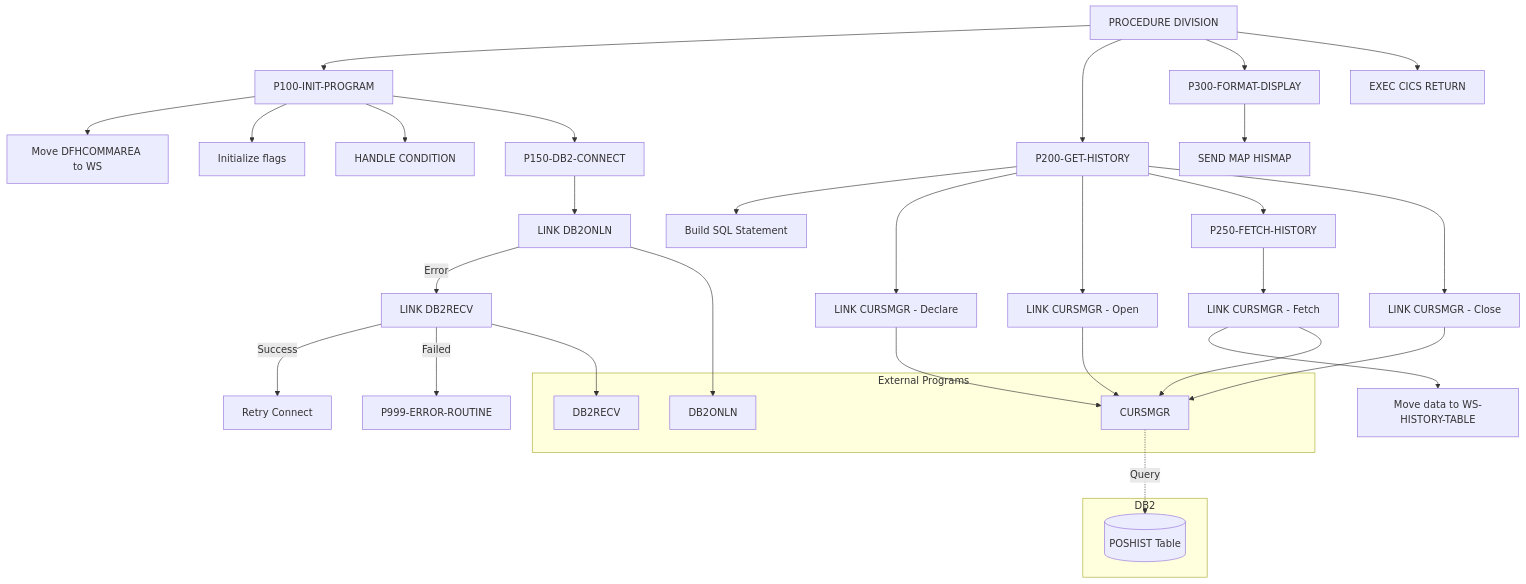
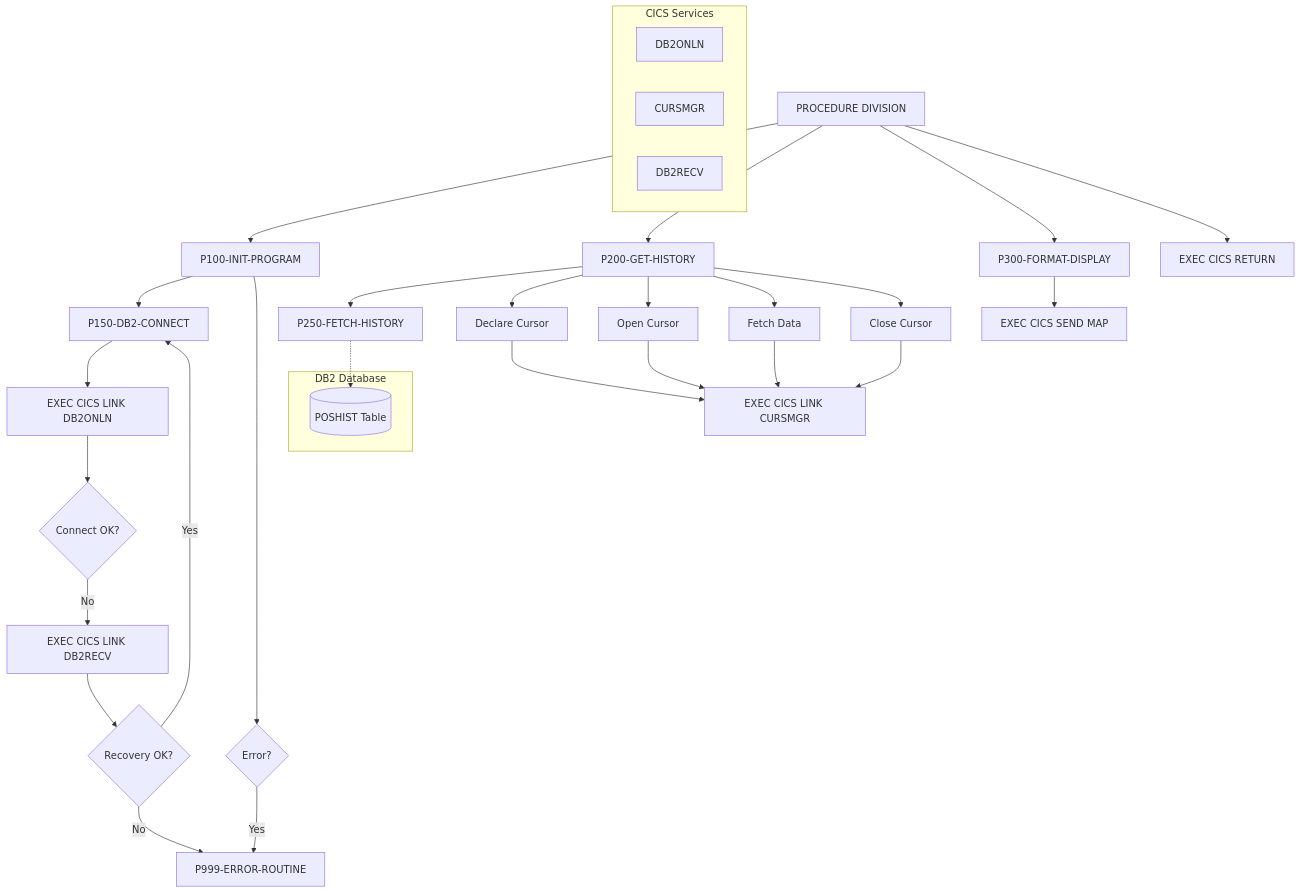
Before and after one commit to haladir-com/legacy-benchmark-docs-vb70e1: the diagram in docs/programs/INQHIST.mdx, drawn with Mermaid. The commit also changed other lines of this file and 64 other files, not shown here.

````diff
--- a/docs/programs/INQHIST.mdx
+++ b/docs/programs/INQHIST.mdx
@@ -20,43 +16,43 @@
 ```mermaid
 graph TD
     A[PROCEDURE DIVISION] --> B[P100-INIT-PROGRAM]
-    A --> C[P200-GET-HISTORY]
-    A --> D[P300-FORMAT-DISPLAY]
-    A --> E[EXEC CICS RETURN]
+    B --> C[P150-DB2-CONNECT]
+    A --> D[P200-GET-HISTORY]
+    D --> E[P250-FETCH-HISTORY]
+    A --> F[P300-FORMAT-DISPLAY]
+    A --> G[EXEC CICS RETURN]
     
-    B --> B1[Move DFHCOMMAREA to WS]
-    B --> B2[Initialize flags]
-    B --> B3[HANDLE CONDITION]
-    B --> B4[P150-DB2-CONNECT]
+    B --> H{Error?}
+    H -->|Yes| I[P999-ERROR-ROUTINE]
     
-    B4 --> B4A[LINK DB2ONLN]
-    B4A -->|Error| B4B[LINK DB2RECV]
-    B4B -->|Success| B4C[Retry Connect]
-    B4B -->|Failed| B4D[P999-ERROR-ROUTINE]
+    C --> J[EXEC CICS LINK DB2ONLN]
+    J --> K{Connect OK?}
+    K -->|No| L[EXEC CICS LINK DB2RECV]
+    L --> M{Recovery OK?}
+    M -->|Yes| C
+    M -->|No| I
     
-    C --> C1[Build SQL Statement]
-    C --> C2[LINK CURSMGR - Declare]
-    C --> C3[LINK CURSMGR - Open]
-    C --> C4[P250-FETCH-HISTORY]
-    C --> C5[LINK CURSMGR - Close]
+    D --> N[Declare Cursor]
+    D --> O[Open Cursor]
+    D --> P[Fetch Data]
+    D --> Q[Close Cursor]
     
-    C4 --> C4A[LINK CURSMGR - Fetch]
-    C4A --> C4B[Move data to WS-HISTORY-TABLE]
+    N --> R[EXEC CICS LINK CURSMGR]
+    O --> R
+    P --> R
+    Q --> R
     
-    D --> D1[SEND MAP HISMAP]
+    F --> S[EXEC CICS SEND MAP]
     
-    subgraph "External Programs"
-        EP1[DB2ONLN]
-        EP2[DB2RECV]
-        EP3[CURSMGR]
+    subgraph "DB2 Database"
+        T[(POSHIST Table)]
     end
     
-    subgraph "DB2"
-        DB[(POSHIST Table)]
+    subgraph "CICS Services"
+        U[DB2ONLN]
+        V[CURSMGR]
+        W[DB2RECV]
     end
     
-    C2 & C3 & C4A & C5 --> EP3
-    B4A --> EP1
-    B4B --> EP2
-    EP3 -.->|Query| DB
+    E -.-> T
 ```
````
